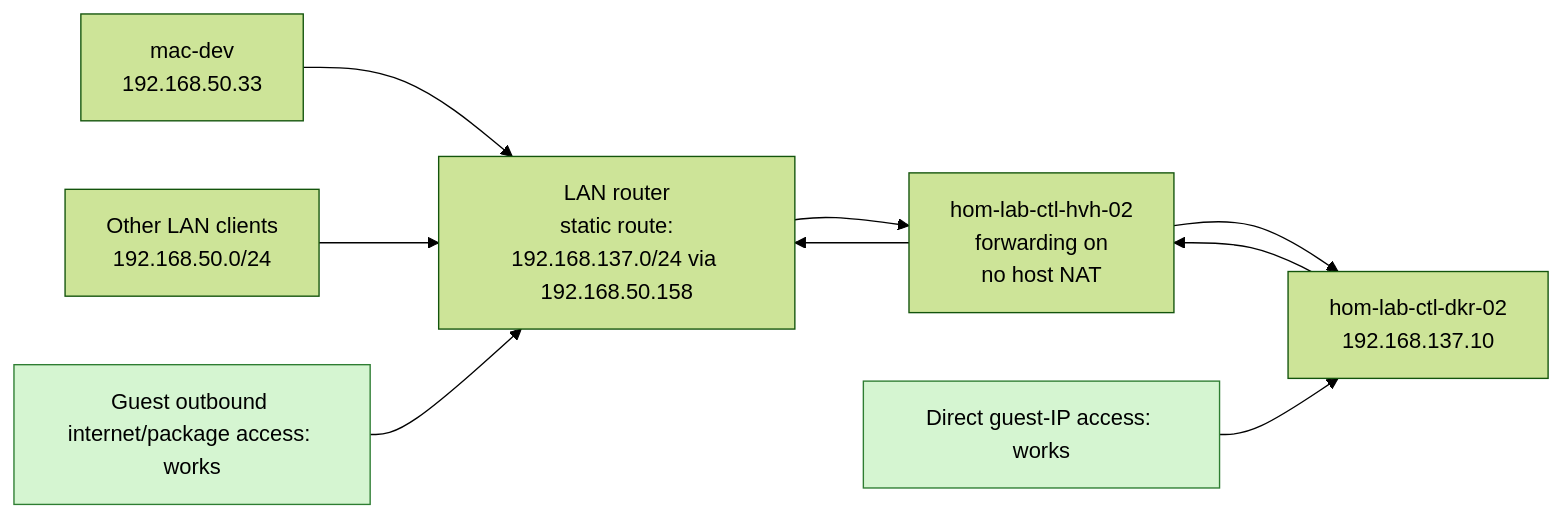
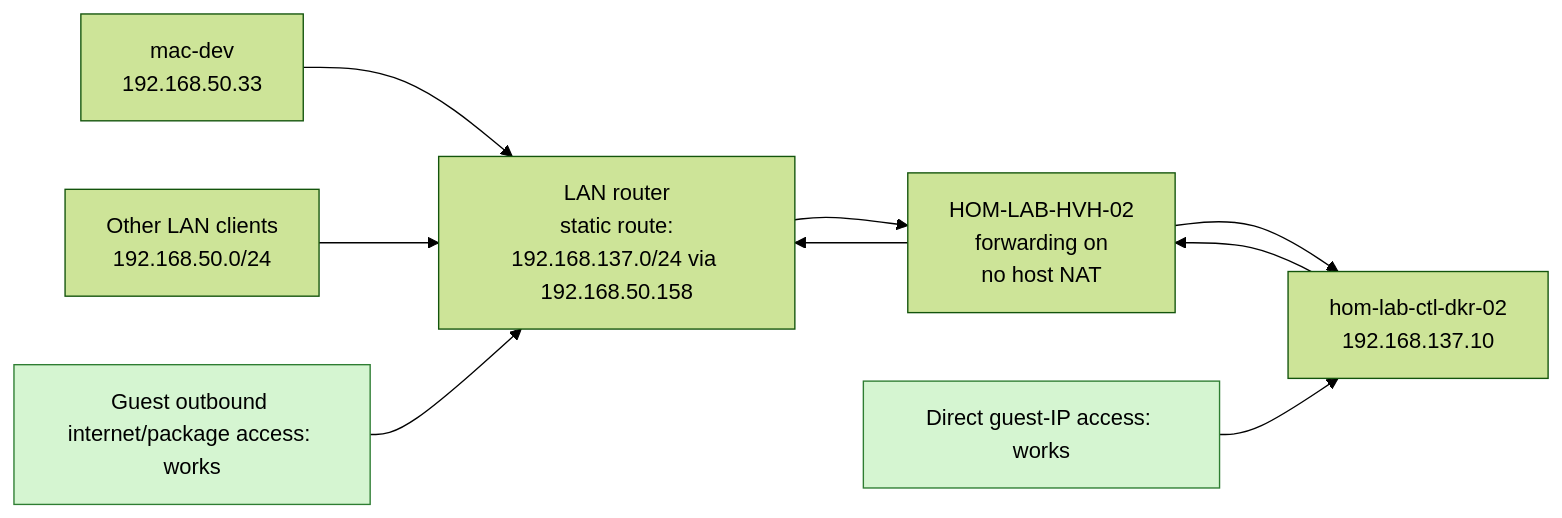
Before and after one commit to doesitscript/dotfile-vnext: the fourth of 4 diagrams in docs/diagnostics/hyperv-router-static-route-guide.md, drawn with Mermaid (forest theme). The commit also changed other lines of this file and 271 other files, not shown here.

First line of the commit message:
Rename schema dropping middle ctl and update HOM-LAB-CTL-HVH-01

````diff
--- a/docs/diagnostics/hyperv-router-static-route-guide.md
+++ b/docs/diagnostics/hyperv-router-static-route-guide.md
@@ -153,21 +153,21 @@
 ```mermaid
 flowchart LR
     Mac["mac-dev\n192.168.50.33"]
     Other["Other LAN clients\n192.168.50.0/24"]
     Router["LAN router\nstatic route:\n192.168.137.0/24 via 192.168.50.158"]
-    Win["hom-lab-ctl-hvh-02\nforwarding on\nno host NAT"]
+    Win["HOM-LAB-HVH-02\nforwarding on\nno host NAT"]
     VM["hom-lab-ctl-dkr-02\n192.168.137.10"]
     Good1["Direct guest-IP access: works"]
     Good2["Guest outbound internet/package access: works"]
 
     Mac --> Router
     Other --> Router
     Router --> Win --> VM
     VM --> Win --> Router
     Good1 --> VM
     Good2 --> Router
 
     classDef good fill:#d5f5d1,stroke:#2e7d32,color:#000;
     class Good1 good;
     class Good2 good;
 ```
````
